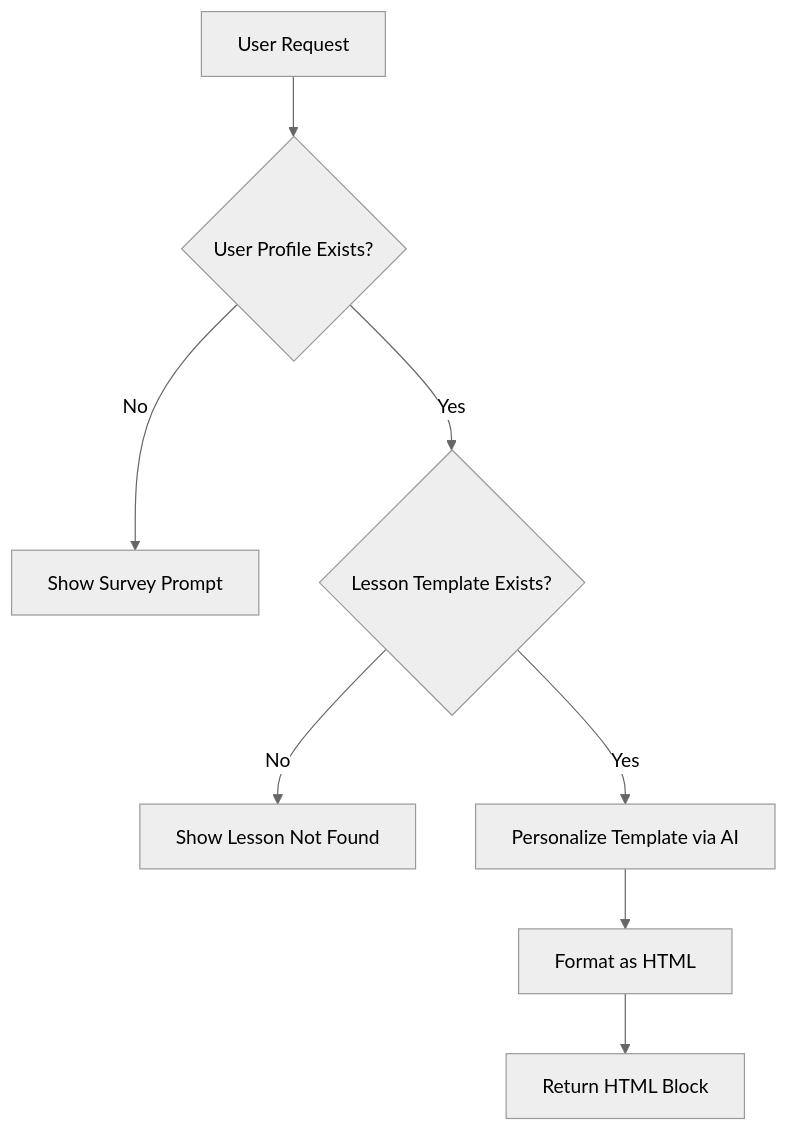
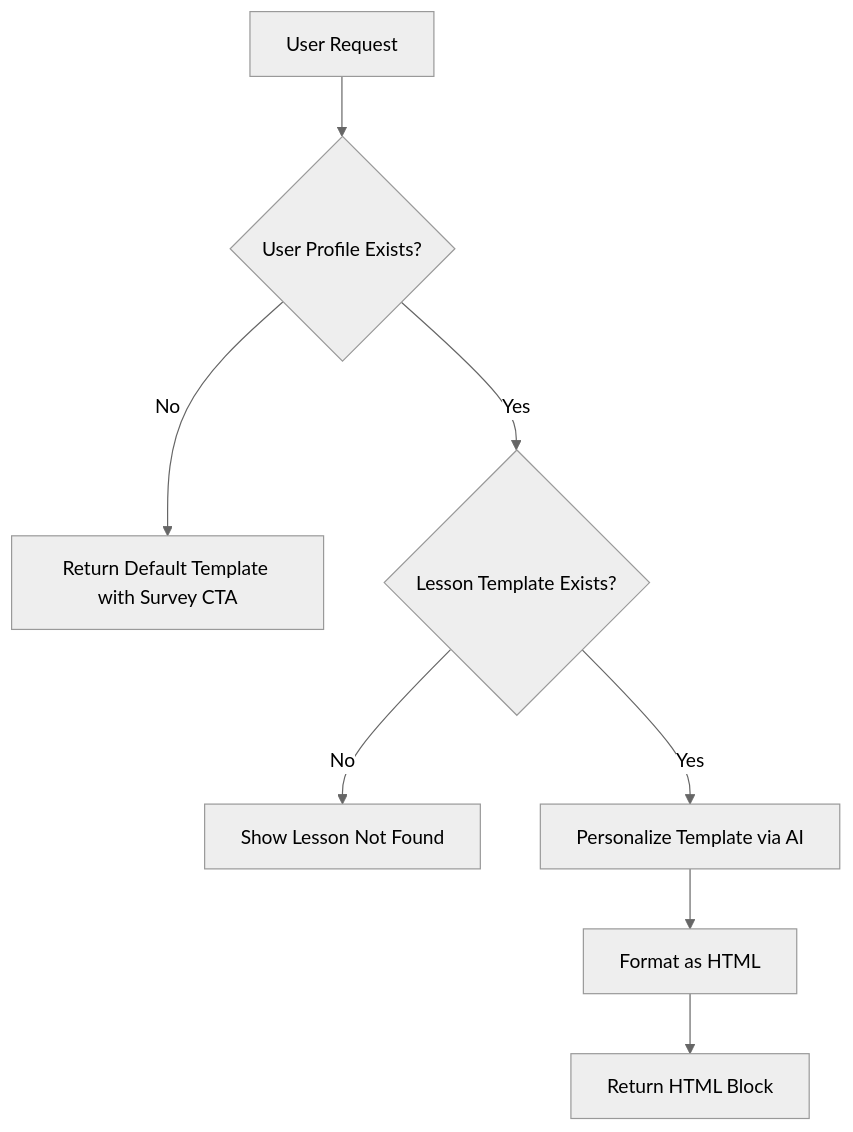
One commit to lommaks777/pesonalisev2 changed the first of 5 diagrams in .qoder/repowiki/en/content/Personalization Engine/HTML Output Generation.md. Above: the diagram before and after it, drawn with Mermaid (neutral theme). The commit also changed other lines of this file and 16 other files, not shown here.

First line of the commit message:
feat(api): add CORS support and default template fallback for persona endpoints

````diff
--- a/.qoder/repowiki/en/content/Personalization Engine/HTML Output Generation.md
+++ b/.qoder/repowiki/en/content/Personalization Engine/HTML Output Generation.md
@@ -39,10 +48,10 @@
 ```mermaid
 flowchart TD
 A[User Request] --> B{User Profile Exists?}
-B --> |No| C[Show Survey Prompt]
+B --> |No| C[Return Default Template with Survey CTA]
 B --> |Yes| D{Lesson Template Exists?}
 D --> |No| E[Show Lesson Not Found]
 D --> |Yes| F[Personalize Template via AI]
 F --> G[Format as HTML]
 G --> H[Return HTML Block]
 ```
````
